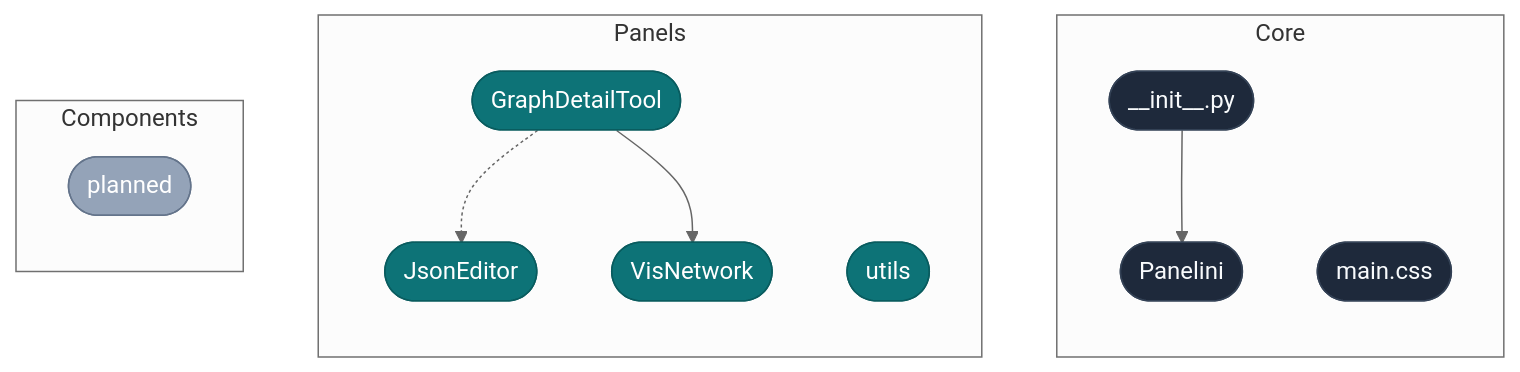
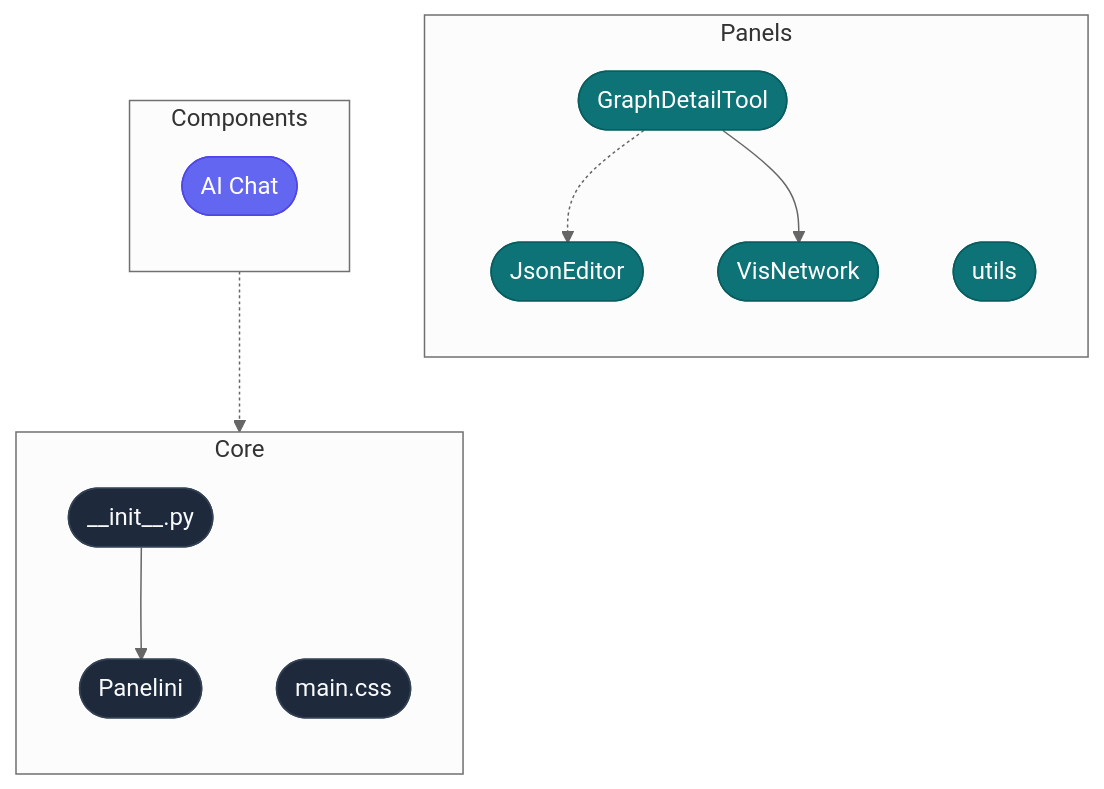
One commit to opensemanticworld/panelini changed the first of 5 diagrams in docs/architecture.md. Above: the diagram before and after it, drawn with Mermaid (neutral theme). The commit also changed other lines of this file and 48 other files, not shown here.

Commit message:
minor: add initial ai component as ready to use configurable chat

````diff
--- a/docs/architecture.md
+++ b/docs/architecture.md
@@ -7,34 +7,35 @@
 ```{mermaid}
 graph TB
     subgraph core [" Core "]
         direction TB
         init(["__init__.py"])
         main(["Panelini"])
         css(["main.css"])
     end
 
     subgraph panels [" Panels "]
         direction TB
         je(["JsonEditor"])
         vn(["VisNetwork"])
         gdt(["GraphDetailTool"])
         utils(["utils"])
     end
 
     subgraph components [" Components "]
         direction TB
-        planned(["planned"])
+        ai(["AI Chat"])
     end
 
     init --> main
     gdt --> vn
     gdt -.-> je
+    ai -.-> main
 
     classDef coreNode fill:#1e293b,stroke:#334155,color:#f8fafc
     classDef panelNode fill:#0d7377,stroke:#095c5f,color:#ffffff
-    classDef plannedNode fill:#94a3b8,stroke:#64748b,color:#ffffff
+    classDef componentNode fill:#6366f1,stroke:#4f46e5,color:#ffffff
 
     class init,main,css coreNode
     class je,vn,gdt,utils panelNode
-    class planned plannedNode
+    class ai componentNode
 ```
````
